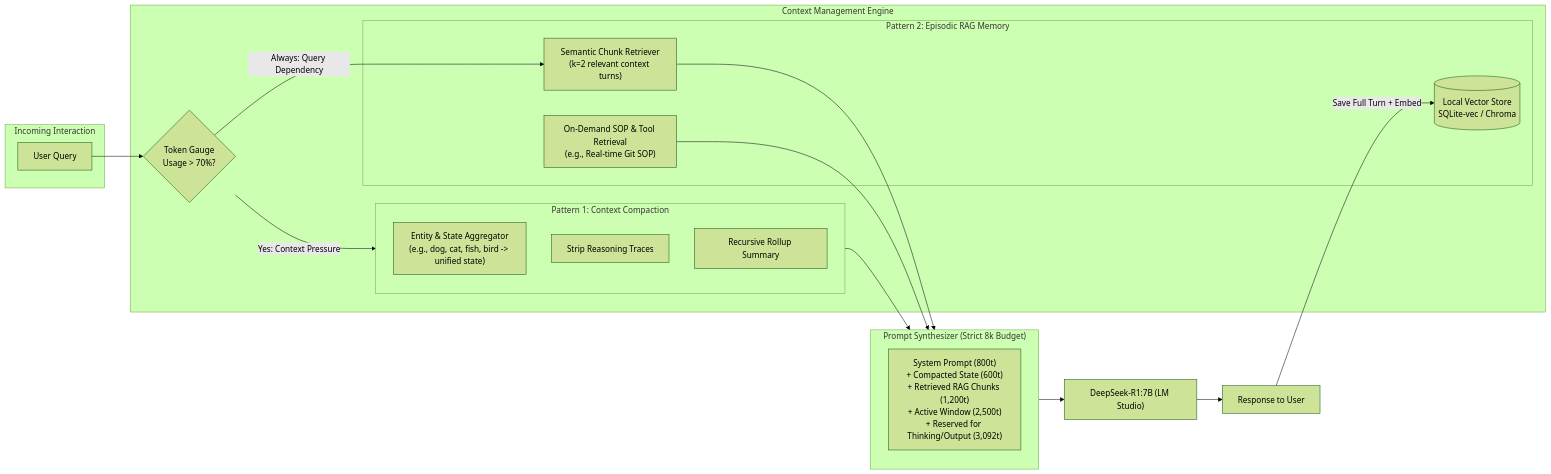
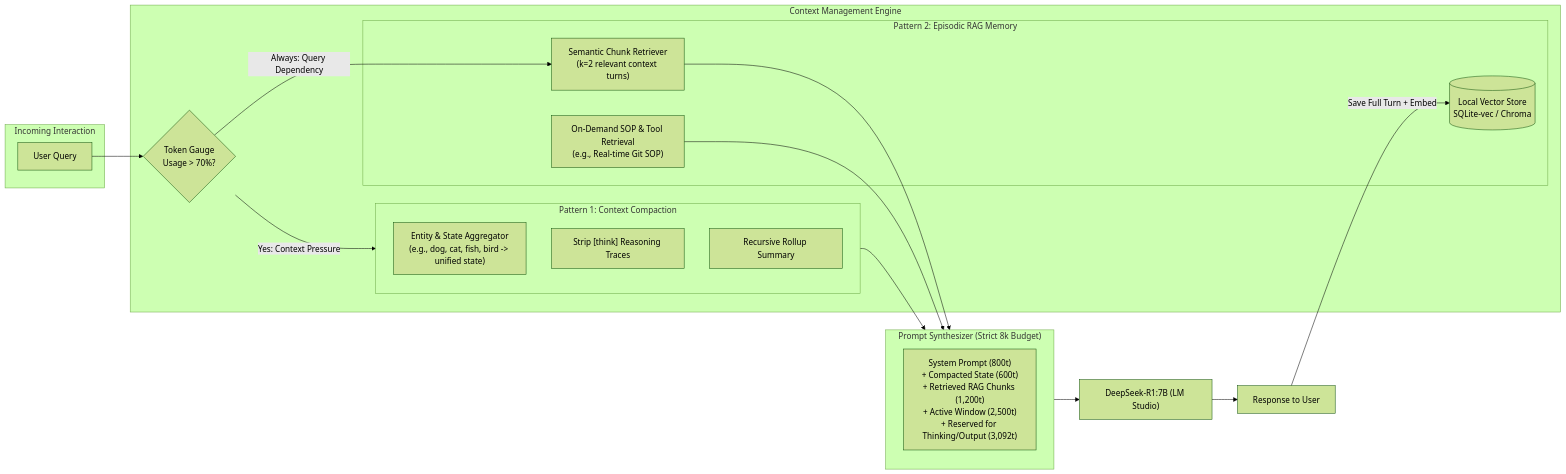
The second of 4 diagrams in case-studies/02-context-compaction-rag-memory/README.md (prethiv/Agentic-AI-Case-studies), drawn with Mermaid (forest theme) before and after one commit. The commit also changed other lines of this file and 13 other files, not shown here.

````diff
--- a/case-studies/02-context-compaction-rag-memory/README.md
+++ b/case-studies/02-context-compaction-rag-memory/README.md
@@ -70,36 +70,36 @@
 ```mermaid
 flowchart LR
     subgraph InputStage["Incoming Interaction"]
         UQ["User Query"]
     end
 
     subgraph MemoryController["Context Management Engine"]
         TokenCounter{"Token Gauge<br/>Usage > 70%?"}
         
         subgraph Pattern1["Pattern 1: Context Compaction"]
             StateExtract["Entity & State Aggregator<br/>(e.g., dog, cat, fish, bird -> unified state)"]
-            PruneThink["Strip <think> Reasoning Traces"]
+            PruneThink["Strip [think] Reasoning Traces"]
             Rollup["Recursive Rollup Summary"]
         end
 
         subgraph Pattern2["Pattern 2: Episodic RAG Memory"]
             VectorStore[("Local Vector Store<br/>SQLite-vec / Chroma")]
             SemanticSearch["Semantic Chunk Retriever<br/>(k=2 relevant context turns)"]
             DocIndex["On-Demand SOP & Tool Retrieval<br/>(e.g., Real-time Git SOP)"]
         end
     end
 
     subgraph PromptAssembler["Prompt Synthesizer (Strict 8k Budget)"]
         FinalPrompt["System Prompt (800t)<br/>+ Compacted State (600t)<br/>+ Retrieved RAG Chunks (1,200t)<br/>+ Active Window (2,500t)<br/>+ Reserved for Thinking/Output (3,092t)"]
     end
 
     UQ --> TokenCounter
     TokenCounter -->|Yes: Context Pressure| Pattern1
     TokenCounter -->|Always: Query Dependency| SemanticSearch
     Pattern1 --> PromptAssembler
     SemanticSearch --> PromptAssembler
     DocIndex --> PromptAssembler
     PromptAssembler --> LLM["DeepSeek-R1:7B (LM Studio)"]
     LLM --> Out["Response to User"]
     Out -->|Save Full Turn + Embed| VectorStore
 ```
````
